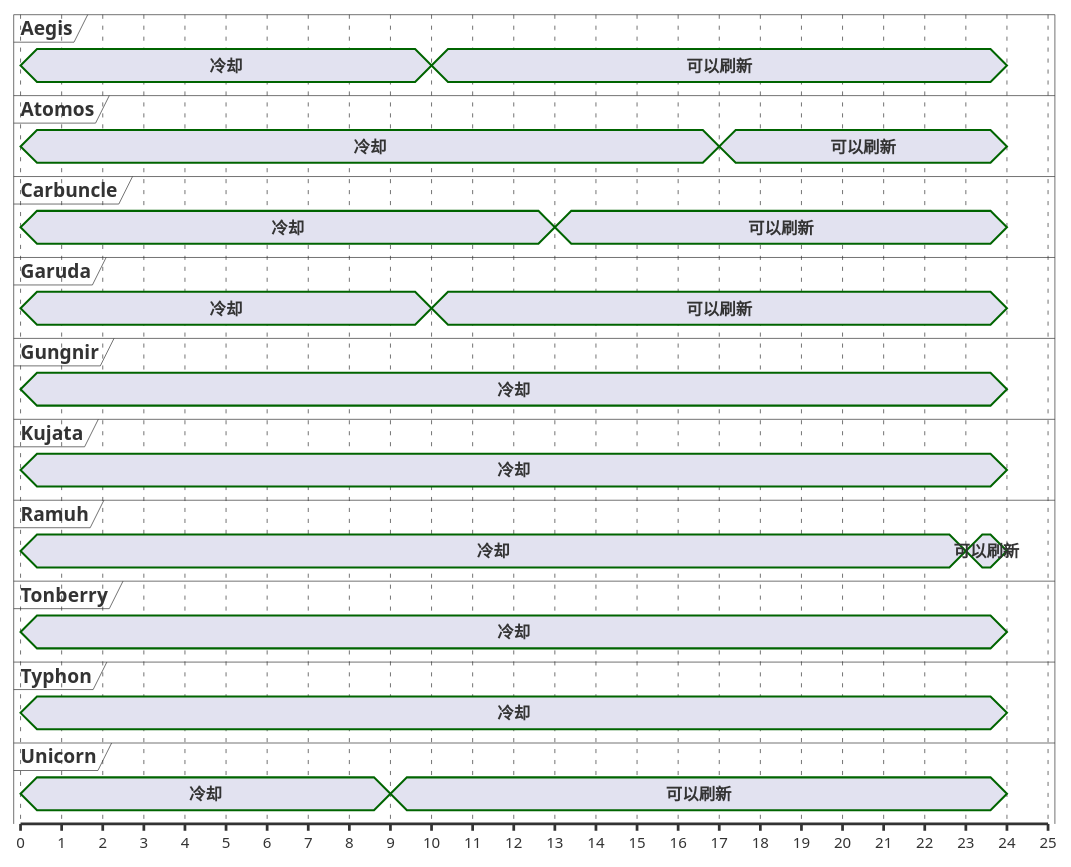
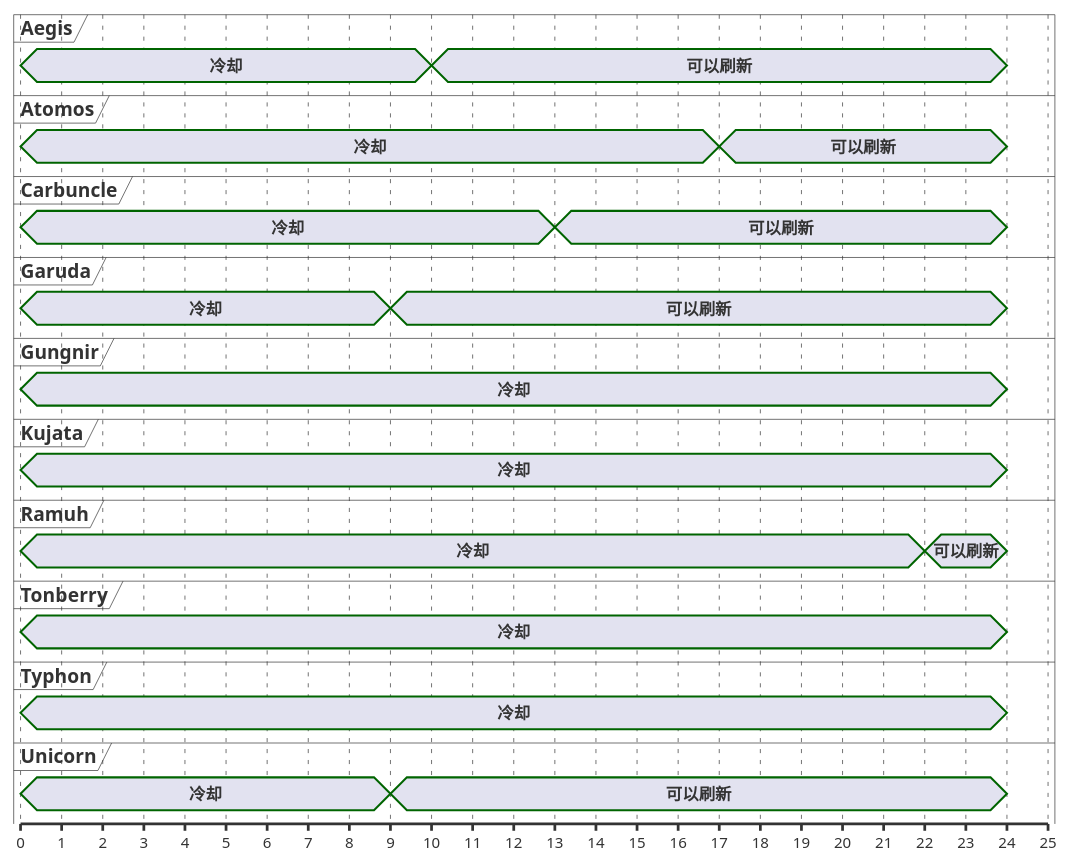
The fifth of 13 diagrams in ffxiv/hunt/5.0/Tyger.md (Eroleice/doc-pi), drawn with PlantUML before and after one commit. The commit also changed other lines of this file and 38 other files, not shown here.

````diff
--- a/ffxiv/hunt/5.0/Tyger.md
+++ b/ffxiv/hunt/5.0/Tyger.md
@@ -213,63 +213,63 @@
 ```plantuml
 @startuml
 scale 1 as 30 pixels
 
 concise Aegis
 concise Atomos
 concise Carbuncle
 concise Garuda
 concise Gungnir
 concise Kujata
 concise Ramuh
 concise Tonberry
 concise Typhon
 concise Unicorn
 
 @Unicorn
 0 is 冷却
 9 is 可以刷新
 24 is {hidden}
 
 @Garuda
 0 is 冷却
-10 is 可以刷新
+9 is 可以刷新
 24 is {hidden}
 
 @Aegis
 0 is 冷却
 10 is 可以刷新
 24 is {hidden}
 
 @Carbuncle
 0 is 冷却
 13 is 可以刷新
 24 is {hidden}
 
 @Atomos
 0 is 冷却
 17 is 可以刷新
 24 is {hidden}
 
 @Ramuh
 0 is 冷却
-23 is 可以刷新
+22 is 可以刷新
 24 is {hidden}
 
 @Typhon
 0 is 冷却
 24 is {hidden}
 
 @Tonberry
 0 is 冷却
 24 is {hidden}
 
 @Gungnir
 0 is 冷却
 24 is {hidden}
 
 @Kujata
 0 is 冷却
 24 is {hidden}
 
 @enduml
 ```
````
